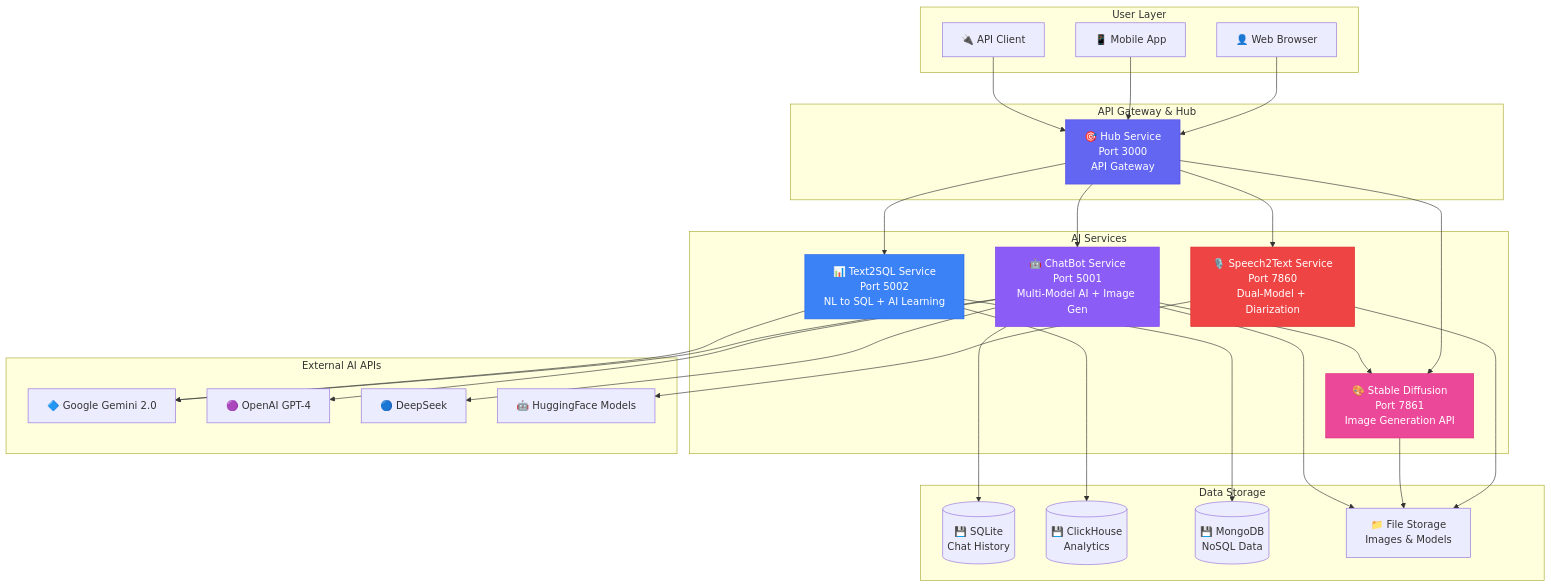
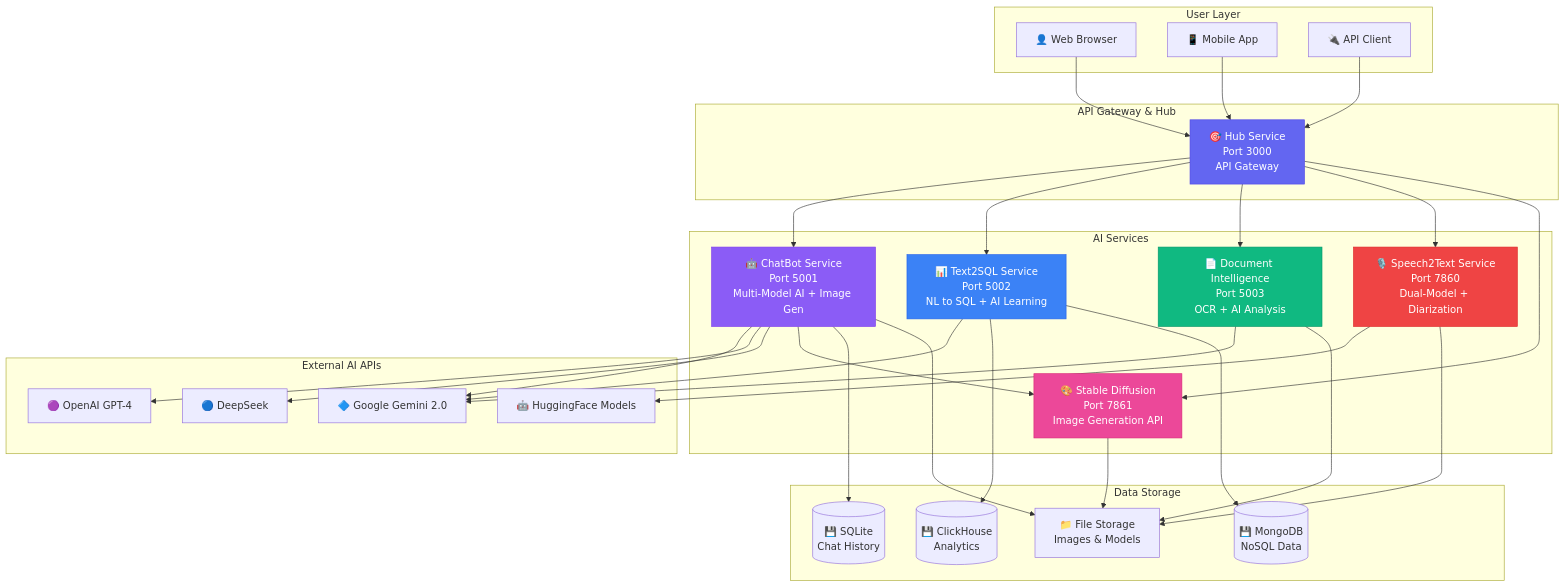
The first of 18 diagrams in README.md (SkastVnT/AI-Assistant), drawn with Mermaid before and after one commit. The commit also changed other lines of this file and 41 other files, not shown here.

First line of the commit message:
📄 docs: Add comprehensive Document Intelligence Service documentation to README

````diff
--- a/README.md
+++ b/README.md
@@ -147,65 +165,71 @@
 ```mermaid
 graph TB
     subgraph User Layer
     U1[👤 Web Browser]
     U2[📱 Mobile App]
     U3[🔌 API Client]
     end
     
     subgraph API Gateway & Hub
     HUB[🎯 Hub Service<br/>Port 3000<br/>API Gateway]
     end
     
     subgraph AI Services
     CB[🤖 ChatBot Service<br/>Port 5001<br/>Multi-Model AI + Image Gen]
     T2S[📊 Text2SQL Service<br/>Port 5002<br/>NL to SQL + AI Learning]
+    DIS[📄 Document Intelligence<br/>Port 5003<br/>OCR + AI Analysis]
     S2T[🎙️ Speech2Text Service<br/>Port 7860<br/>Dual-Model + Diarization]
     SD[🎨 Stable Diffusion<br/>Port 7861<br/>Image Generation API]
     end
     
     subgraph External AI APIs
     API1[🔷 Google Gemini 2.0]
     API2[🟣 OpenAI GPT-4]
     API3[🔵 DeepSeek]
     API4[🤖 HuggingFace Models]
     end
     
     subgraph Data Storage
     DB1[(💾 SQLite<br/>Chat History)]
     DB2[(💾 ClickHouse<br/>Analytics)]
     DB3[(💾 MongoDB<br/>NoSQL Data)]
     FS[📁 File Storage<br/>Images & Models]
     end
     
     U1 --> HUB
     U2 --> HUB
     U3 --> HUB
     
     HUB --> CB
     HUB --> T2S
+    HUB --> DIS
     HUB --> S2T
     HUB --> SD
     
     CB --> API1
     CB --> API2
     CB --> API3
     CB --> SD
     
     T2S --> API1
     T2S --> DB2
     T2S --> DB3
     
+    DIS --> API1
+    DIS --> FS
+    
     S2T --> API4
     S2T --> FS
     
     SD --> FS
     
     CB --> DB1
     CB --> FS
     
     style HUB fill:#6366F1,stroke:#4F46E5,color:#fff
     style CB fill:#8B5CF6,stroke:#7C3AED,color:#fff
     style T2S fill:#3B82F6,stroke:#2563EB,color:#fff
+    style DIS fill:#10B981,stroke:#059669,color:#fff
     style S2T fill:#EF4444,stroke:#DC2626,color:#fff
     style SD fill:#EC4899,stroke:#DB2777,color:#fff
 ```
````
